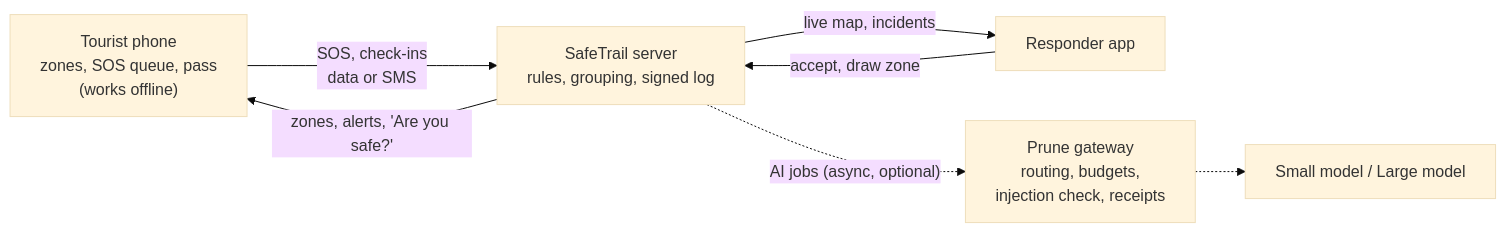
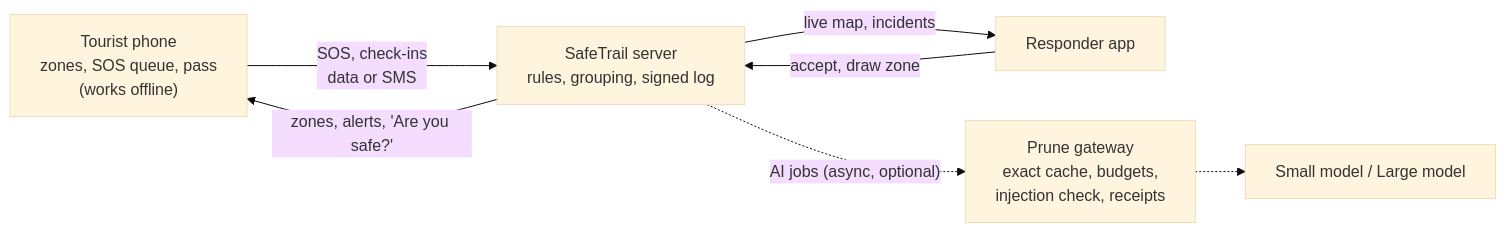
The diagram in docs/EXPLAINER.md (gaurvit06/Safetrail), drawn with Mermaid (base theme) before and after one commit. The commit also changed other lines of this file and 13 other files, not shown here.

First line of the commit message:
Turn Prune's exact cache back on safely and add the deck prompt

````diff
--- a/docs/EXPLAINER.md
+++ b/docs/EXPLAINER.md
@@ -18,9 +18,9 @@
 ```mermaid
 flowchart LR
   P["Tourist phone<br/>zones, SOS queue, pass<br/>(works offline)"] -- "SOS, check-ins<br/>data or SMS" --> S["SafeTrail server<br/>rules, grouping, signed log"]
   S -- "zones, alerts, 'Are you safe?'" --> P
   S -- "live map, incidents" --> R["Responder app"]
   R -- "accept, draw zone" --> S
-  S -. "AI jobs (async, optional)" .-> PR["Prune gateway<br/>routing, budgets,<br/>injection check, receipts"]
+  S -. "AI jobs (async, optional)" .-> PR["Prune gateway<br/>exact cache, budgets,<br/>injection check, receipts"]
   PR -.-> M["Small model / Large model"]
 ```
````
